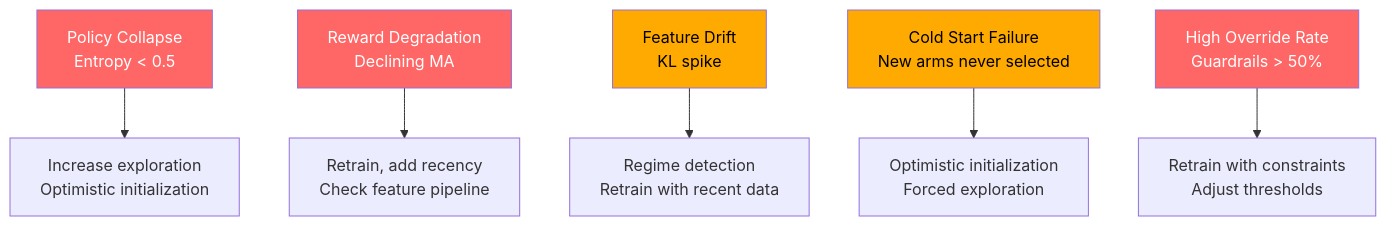
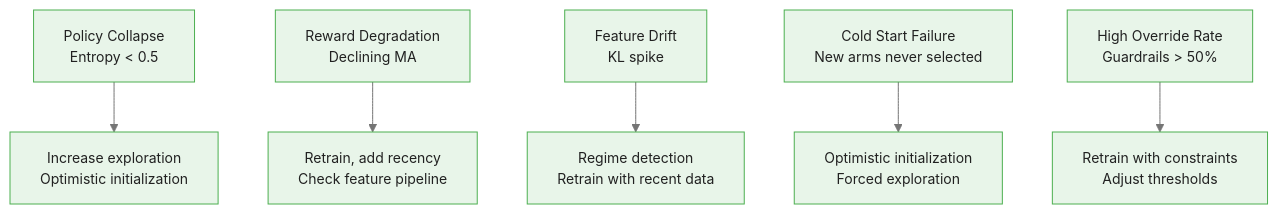
The second of 4 diagrams in courses/multi-armed-bandits-ab-testing/modules/module_07_production_systems/guides/cheatsheet_slides.md (m-deane/course-creator), drawn with Mermaid before and after one commit. The commit also changed other lines of this file and 146 other files, not shown here.

````diff
--- a/courses/multi-armed-bandits-ab-testing/modules/module_07_production_systems/guides/cheatsheet_slides.md
+++ b/courses/multi-armed-bandits-ab-testing/modules/module_07_production_systems/guides/cheatsheet_slides.md
@@ -141,14 +167,9 @@
 ```mermaid
+%%{init: {"theme": "base", "themeVariables": {"primaryColor": "#e8f5e9", "primaryBorderColor": "#4caf50", "primaryTextColor": "#212121", "secondaryColor": "#e3f2fd", "tertiaryColor": "#fff8e1", "lineColor": "#757575", "fontFamily": "Inter, sans-serif", "fontSize": "14px"}}}%%
 flowchart TD
     F1["Policy Collapse<br/>Entropy < 0.5"] --> Fix1["Increase exploration<br/>Optimistic initialization"]
     F2["Reward Degradation<br/>Declining MA"] --> Fix2["Retrain, add recency<br/>Check feature pipeline"]
     F3["Feature Drift<br/>KL spike"] --> Fix3["Regime detection<br/>Retrain with recent data"]
     F4["Cold Start Failure<br/>New arms never selected"] --> Fix4["Optimistic initialization<br/>Forced exploration"]
     F5["High Override Rate<br/>Guardrails > 50%"] --> Fix5["Retrain with constraints<br/>Adjust thresholds"]
-
-    style F1 fill:#f66,color:#fff
-    style F2 fill:#f66,color:#fff
-    style F3 fill:#fa0,color:#000
-    style F4 fill:#fa0,color:#000
-    style F5 fill:#f66,color:#fff
 ```
````
